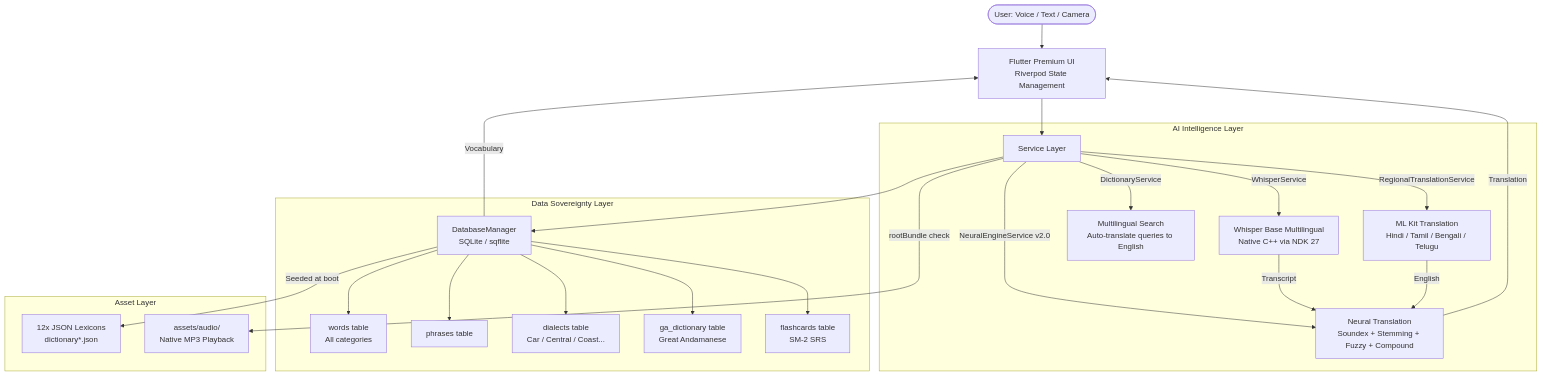
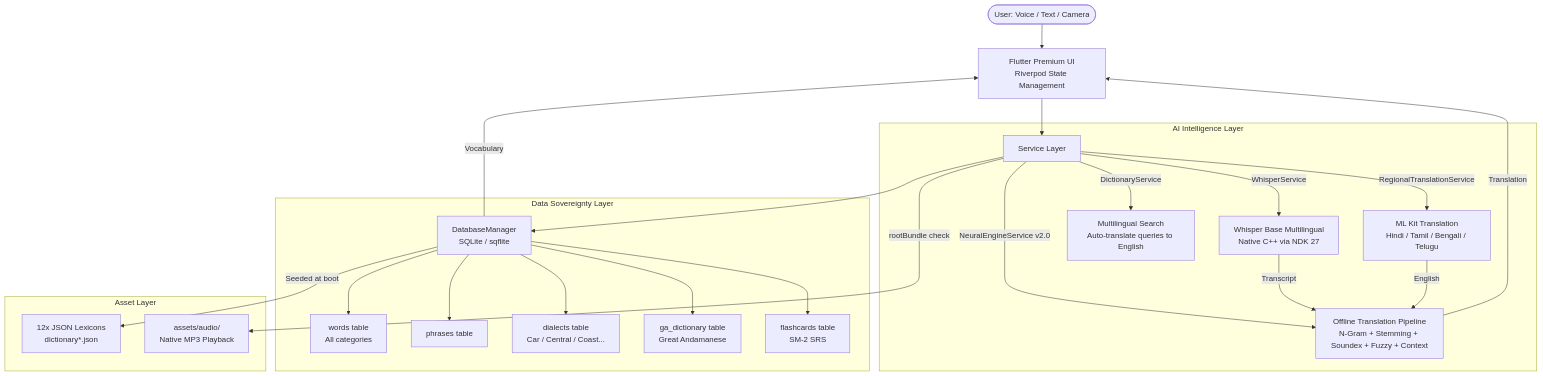
One commit to sathiyatskrj/Speechmate changed the diagram in README.md. Above: the diagram before and after it, drawn with Mermaid. The commit also changed other lines of this file and 13 other files, not shown here.

````diff
--- a/README.md
+++ b/README.md
@@ -162,31 +162,31 @@
 ```mermaid
 graph TD
     User([User: Voice / Text / Camera]) --> UI[Flutter Premium UI\nRiverpod State Management]
     UI --> Service[Service Layer]
 
     subgraph "AI Intelligence Layer"
         Service --> |WhisperService| Whisper[Whisper Base Multilingual\nNative C++ via NDK 27]
-        Service --> |NeuralEngineService v2.0| Neural[Neural Translation\nSoundex + Stemming + Fuzzy + Compound]
+        Service --> |NeuralEngineService v2.0| Neural[Offline Translation Pipeline\nN-Gram + Stemming + Soundex + Fuzzy + Context]
         Service --> |RegionalTranslationService| Regional[ML Kit Translation\nHindi / Tamil / Bengali / Telugu]
         Service --> |DictionaryService| AutoTranslate[Multilingual Search\nAuto-translate queries to English]
     end
 
     subgraph "Data Sovereignty Layer"
         Service --> DB[DatabaseManager\nSQLite / sqflite]
         DB --> W[words table\nAll categories]
         DB --> P[phrases table]
         DB --> D[dialects table\nCar / Central / Coast...]
         DB --> GA[ga_dictionary table\nGreat Andamanese]
         DB --> FC[flashcards table\nSM-2 SRS]
     end
 
     subgraph "Asset Layer"
         DB --> |Seeded at boot| JSON[12x JSON Lexicons\ndictionary*.json]
         Service --> |rootBundle check| Audio[assets/audio/\nNative MP3 Playback]
     end
 
     Whisper --> |Transcript| Neural
     Regional --> |English| Neural
     Neural --> |Translation| UI
     DB --> |Vocabulary| UI
 ```
````
